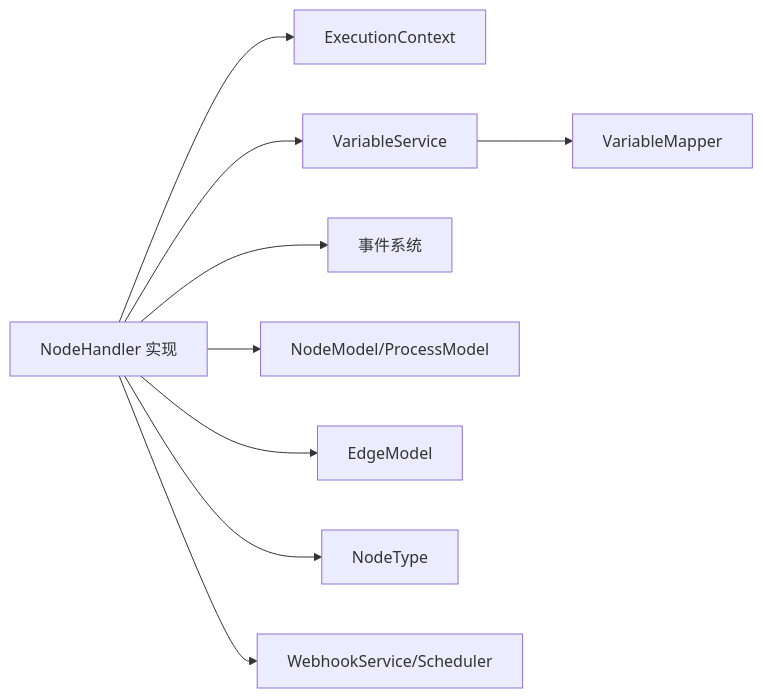
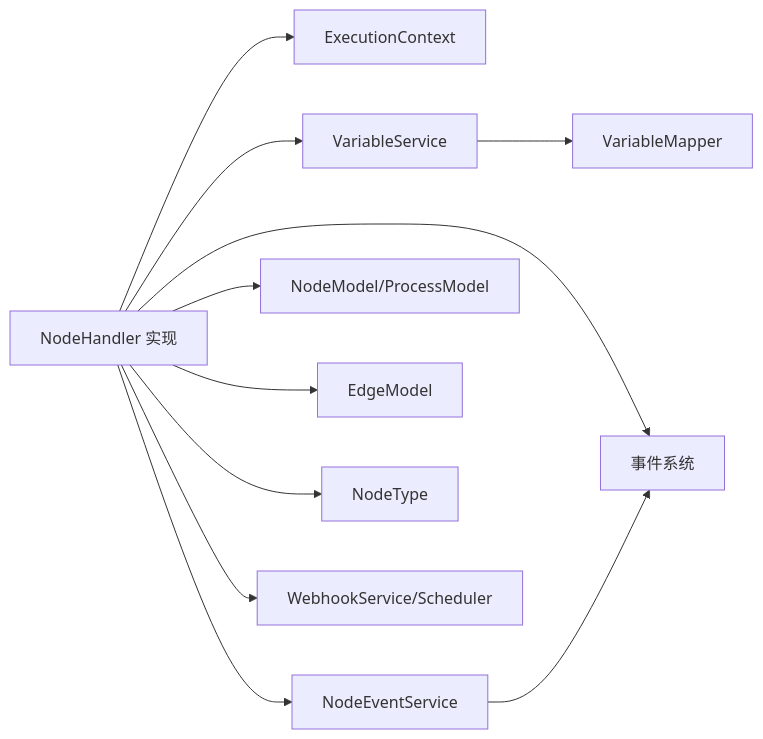
One commit to liming-lihaini/workflow changed the fifth of 5 diagrams in .qoder/repowiki/zh/content/核心引擎设计/节点处理器架构/节点处理器架构.md. Above: the diagram before and after it, drawn with Mermaid. The commit also changed other lines of this file and 9 other files, not shown here.

````diff
--- a/.qoder/repowiki/zh/content/核心引擎设计/节点处理器架构/节点处理器架构.md
+++ b/.qoder/repowiki/zh/content/核心引擎设计/节点处理器架构/节点处理器架构.md
@@ -339,11 +377,13 @@
 ```mermaid
 graph LR
 NH["NodeHandler 实现"] --> CTX["ExecutionContext"]
 NH --> VAR["VariableService"]
 NH --> EVT["事件系统"]
+NH --> NES["NodeEventService"]
 VAR --> VMAP["VariableMapper"]
 NH --> MODEL["NodeModel/ProcessModel"]
 NH --> EDGE["EdgeModel"]
 NH --> ENUM["NodeType"]
 NH --> WEBHOOK["WebhookService/Scheduler"]
+NES --> EVT
 ```
````
